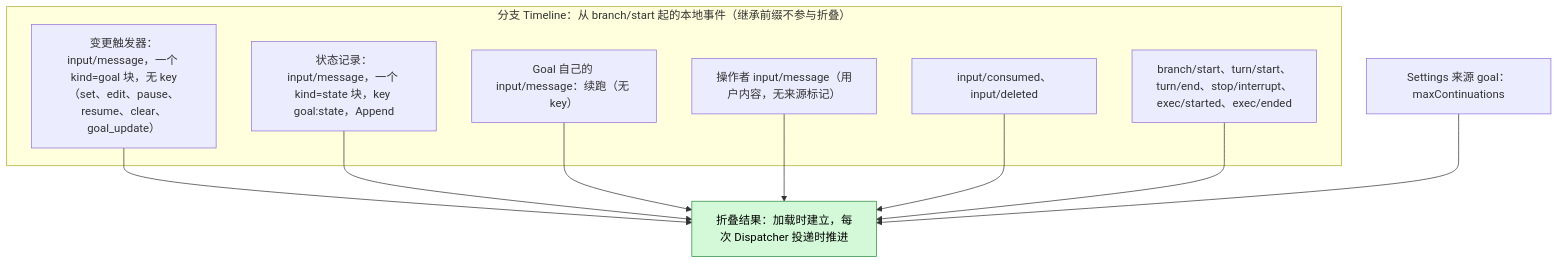
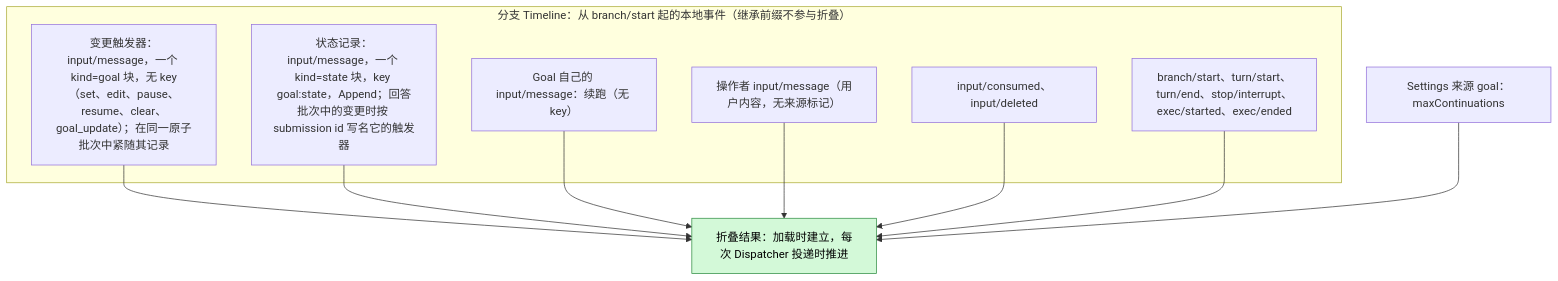
Before and after one commit to CoutinhoTTS/dim-agent: the second of 7 diagrams in docs/zh/design/plugins/Goal.md, drawn with Mermaid. The commit also changed other lines of this file and 16 other files, not shown here.

````diff
--- a/docs/zh/design/plugins/Goal.md
+++ b/docs/zh/design/plugins/Goal.md
@@ -49,21 +49,21 @@
 ```mermaid
 flowchart TB
   subgraph TLB["分支 Timeline：从 branch/start 起的本地事件（继承前缀不参与折叠）"]
-    TR["变更触发器：input/message，一个 kind=goal 块，无 key（set、edit、pause、resume、clear、goal_update）"]
-    SR["状态记录：input/message，一个 kind=state 块，key goal:state，Append"]
+    TR["变更触发器：input/message，一个 kind=goal 块，无 key（set、edit、pause、resume、clear、goal_update）；在同一原子批次中紧随其记录"]
+    SR["状态记录：input/message，一个 kind=state 块，key goal:state，Append；回答批次中的变更时按 submission id 写名它的触发器"]
     CI["Goal 自己的 input/message：续跑（无 key）"]
     OI["操作者 input/message（用户内容，无来源标记）"]
     IC["input/consumed、input/deleted"]
     TE["branch/start、turn/start、turn/end、stop/interrupt、exec/started、exec/ended"]
   end
   CFG["Settings 来源 goal：maxContinuations"]
   VIEW["折叠结果：加载时建立，每次 Dispatcher 投递时推进"]:::new
   TR --> VIEW
   SR --> VIEW
   CI --> VIEW
   OI --> VIEW
   IC --> VIEW
   TE --> VIEW
   CFG --> VIEW
   classDef new fill:#d3f9d8,stroke:#2b8a3e,color:#000
 ```
````
